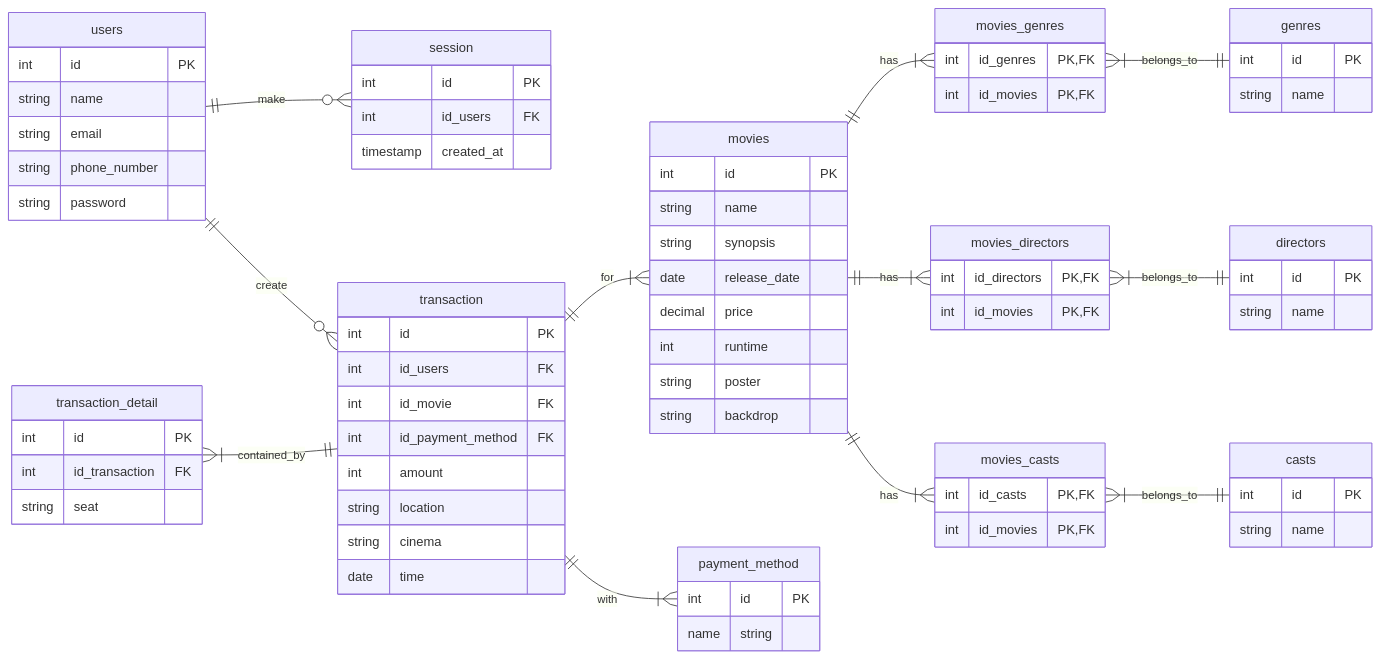
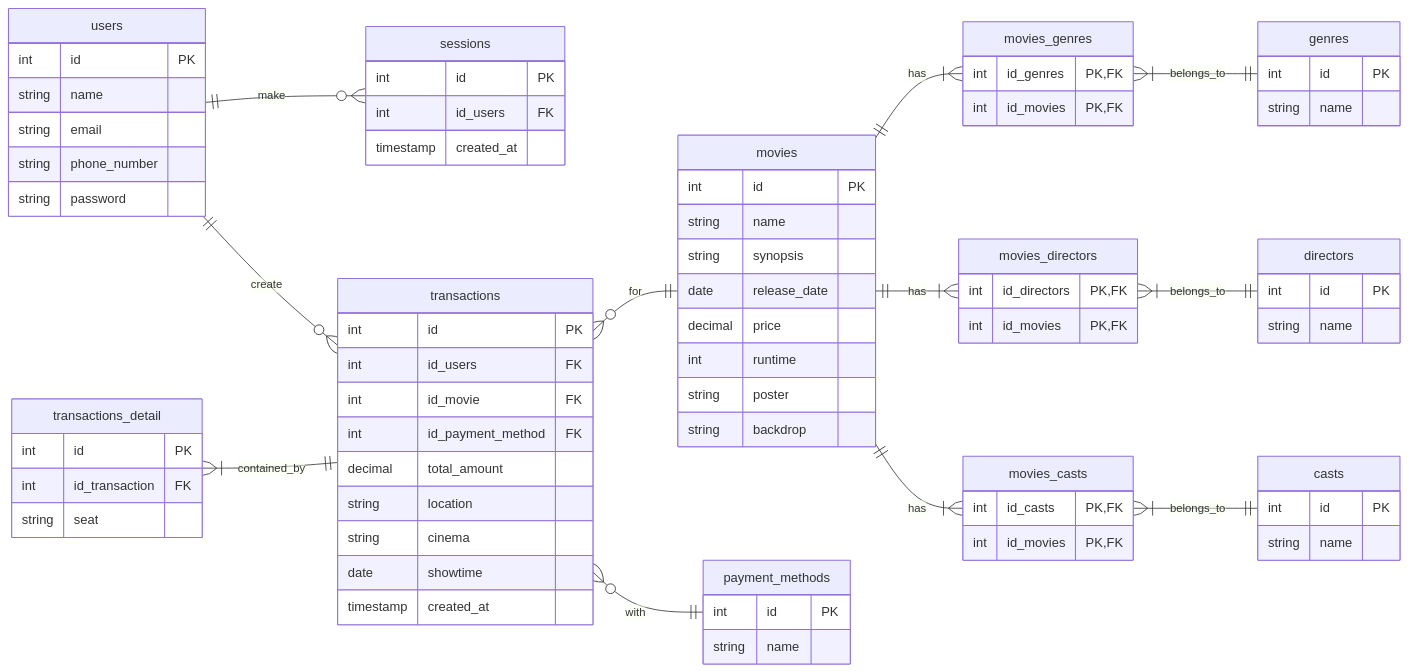
The diagram in README.md (mdavindarinaldy/fgo24-db-weeklytask), drawn with Mermaid before and after one commit.

Commit message:
docs: update ERD, change the cardinality of the entity

````diff
--- a/README.md
+++ b/README.md
@@ -47,29 +47,30 @@
         string phone_number
         string password
     }
-    session {
+    sessions {
         int id PK
         int id_users FK
         timestamp created_at
     }
-    transaction {
+    transactions {
         int id PK
         int id_users FK
         int id_movie FK
         int id_payment_method FK
-        int amount
+        decimal total_amount
         string location
         string cinema
-        date time
+        date showtime
+        timestamp created_at
     }
-    transaction_detail {
+    transactions_detail {
         int id PK
         int id_transaction FK
         string seat
     }
-    payment_method {
+    payment_methods {
         int id PK
-        name string
+        string name
     }
     movies ||--|{ movies_genres: has
     movies_genres }|--|| genres: belongs_to
@@ -80,9 +81,9 @@
     movies ||--|{ movies_casts: has
     movies_casts }|--|| casts: belongs_to
 
-    users ||--o{ session: make
-    users ||--o{ transaction: create
-    transaction ||--|{ movies: for
-    transaction_detail }|--|| transaction: contained_by
-    transaction ||--|{ payment_method: with 
+    users ||--o{ sessions: make
+    users ||--o{ transactions: create
+    transactions }o--|| movies: for
+    transactions_detail }|--|| transactions: contained_by
+    transactions }o--|| payment_methods: with 
 ```
````
